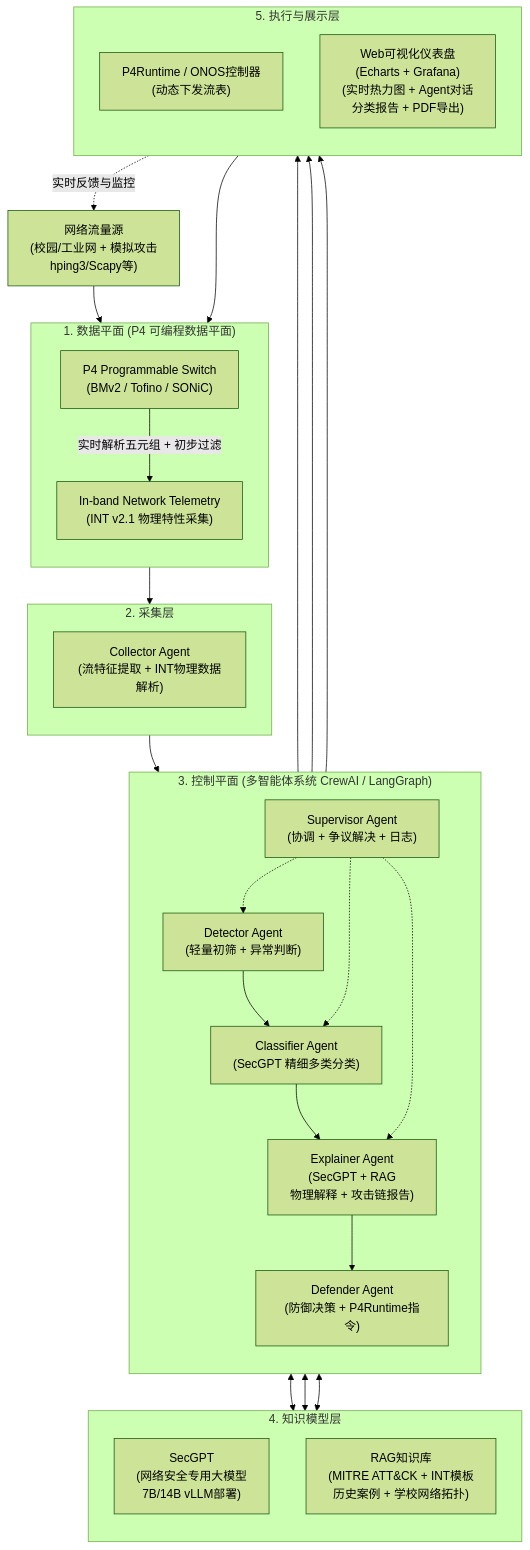
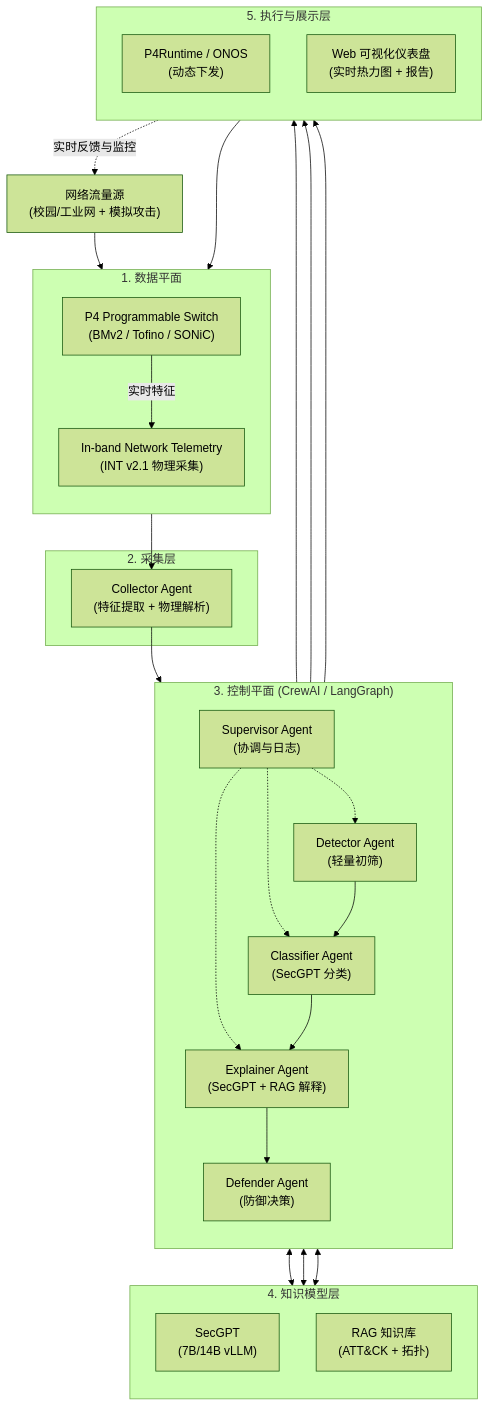
One commit to Johnson1662/johnson-obsidian-notes changed the diagram in content/网络技术挑战赛.md. Above: the diagram before and after it, drawn with Mermaid (forest theme). The commit also changed 1 other file, not shown here.

Commit message:
vault backup: 2026-03-29 13:35:35

````diff
--- a/content/网络技术挑战赛.md
+++ b/content/网络技术挑战赛.md
@@ -1,63 +1,63 @@
 ```mermaid
 flowchart TD
     %% 外部流量源
-    Traffic["网络流量源\n(校园/工业网 + 模拟攻击\nhping3/Scapy等)"]
+    Traffic["网络流量源\n(校园/工业网 + 模拟攻击)"]
 
     %% 1. 数据平面
-    subgraph 数据平面 ["1. 数据平面 (P4 可编程数据平面)"]
+    subgraph 数据平面 ["1. 数据平面"]
         direction TB
         P4Switch["P4 Programmable Switch\n(BMv2 / Tofino / SONiC)"]
-        INT["In-band Network Telemetry\n(INT v2.1 物理特性采集)"]
-        P4Switch -->|实时解析五元组 + 初步过滤| INT
+        INT["In-band Network Telemetry\n(INT v2.1 物理采集)"]
+        P4Switch -->|实时特征| INT
     end
 
     %% 2. 采集层
     subgraph 采集层 ["2. 采集层"]
-        direction TB
-        Collector["Collector Agent\n(流特征提取 + INT物理数据解析)"]
+        Collector["Collector Agent\n(特征提取 + 物理解析)"]
     end
 
     %% 3. 控制平面 - 多Agent系统
-    subgraph 控制平面 ["3. 控制平面 (多智能体系统 CrewAI / LangGraph)"]
+    subgraph 控制平面 ["3. 控制平面 (CrewAI / LangGraph)"]
         direction TB
-        Detector["Detector Agent\n(轻量初筛 + 异常判断)"]
-        Classifier["Classifier Agent\n(SecGPT 精细多类分类)"]
-        Explainer["Explainer Agent\n(SecGPT + RAG\n物理解释 + 攻击链报告)"]
-        Defender["Defender Agent\n(防御决策 + P4Runtime指令)"]
-        Supervisor["Supervisor Agent\n(协调 + 争议解决 + 日志)"]
+        Supervisor["Supervisor Agent\n(协调与日志)"]
+        Detector["Detector Agent\n(轻量初筛)"]
+        Classifier["Classifier Agent\n(SecGPT 分类)"]
+        Explainer["Explainer Agent\n(SecGPT + RAG 解释)"]
+        Defender["Defender Agent\n(防御决策)"]
+
+        Supervisor -.-> Detector
+        Supervisor -.-> Classifier
+        Supervisor -.-> Explainer
 
         Detector --> Classifier
         Classifier --> Explainer
         Explainer --> Defender
-        Supervisor -.-> Detector
-        Supervisor -.-> Classifier
-        Supervisor -.-> Explainer
     end
 
     %% 4. 知识模型层
     subgraph 知识模型层 ["4. 知识模型层"]
         direction TB
-        SecGPT["SecGPT\n(网络安全专用大模型\n7B/14B vLLM部署)"]
-        RAG["RAG知识库\n(MITRE ATT&CK + INT模板\n历史案例 + 学校网络拓扑)"]
+        SecGPT["SecGPT\n(7B/14B vLLM)"]
+        RAG["RAG 知识库\n(ATT&CK + 拓扑)"]
     end
 
     %% 5. 执行与展示层
     subgraph 执行与展示层 ["5. 执行与展示层"]
         direction TB
-        ONOS["P4Runtime / ONOS控制器\n(动态下发流表)"]
-        Dashboard["Web可视化仪表盘\n(Echarts + Grafana)\n(实时热力图 + Agent对话\n分类报告 + PDF导出)"]
+        ONOS["P4Runtime / ONOS\n(动态下发)"]
+        Dashboard["Web 可视化仪表盘\n(实时热力图 + 报告)"]
     end
 
     %% 主要数据流向
     Traffic --> P4Switch
     INT --> Collector
     Collector --> Detector
     Classifier <--> SecGPT
     Explainer <--> SecGPT
     Explainer <--> RAG
     Defender --> ONOS
     ONOS --> P4Switch
     Explainer --> Dashboard
     Defender --> Dashboard
     Dashboard -.->|实时反馈与监控| Traffic
 ```
````
